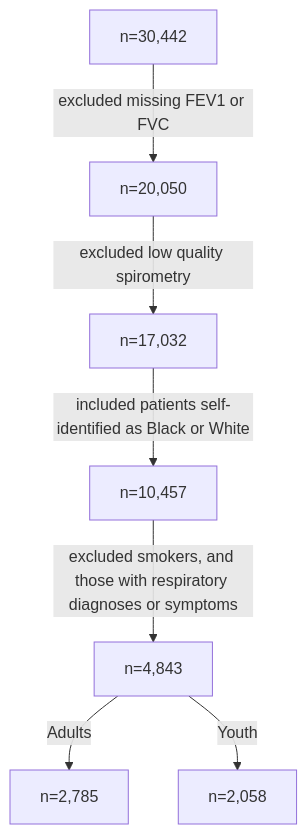
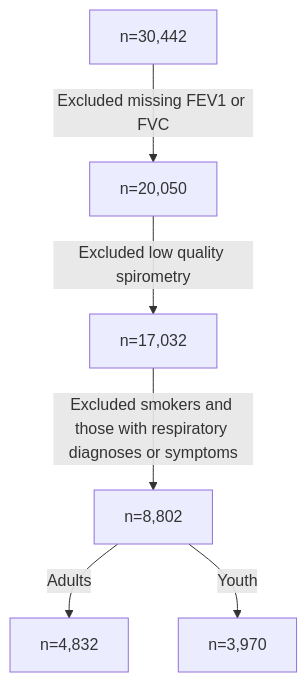
The first of 2 diagrams in who-is-healthy-anyways.qmd (aminadibi/who-is-healthy-anyways), drawn with Mermaid before and after one commit. The commit also changed other lines of this file and 23 other files, not shown here.

Commit message:
corrected flowcharts and added more captions

````diff
--- a/who-is-healthy-anyways.qmd
+++ b/who-is-healthy-anyways.qmd
@@ -602,12 +564,11 @@
 ```{mermaid, include=T}
 %%| label: fig-flowchart
 %%| fig-cap: Flow of participants
 flowchart TD
-    B[n=30,442] -- excluded missing FEV1 or FVC --> C[n=20,050]
-    C -- excluded low quality spirometry --> D[n=17,032]
-    D -- included patients self-identified as Black or White --> E[n=10,457]
-    E -- excluded smokers, and those with respiratory diagnoses or symptoms --> F[n=4,843]
-    F -- Adults --> A0[n=2,785]
-    F -- Youth  --> Y0[n=2,058]
+    B[n=30,442] -- Excluded missing FEV1 or FVC --> C[n=20,050]
+    C -- Excluded low quality spirometry --> E[n=17,032]
+    E -- Excluded smokers and those with respiratory diagnoses or symptoms --> F[n=8,802]
+    F -- Adults --> A0[n=4,832]
+    F -- Youth  --> Y0[n=3,970]
 
 ```
````
